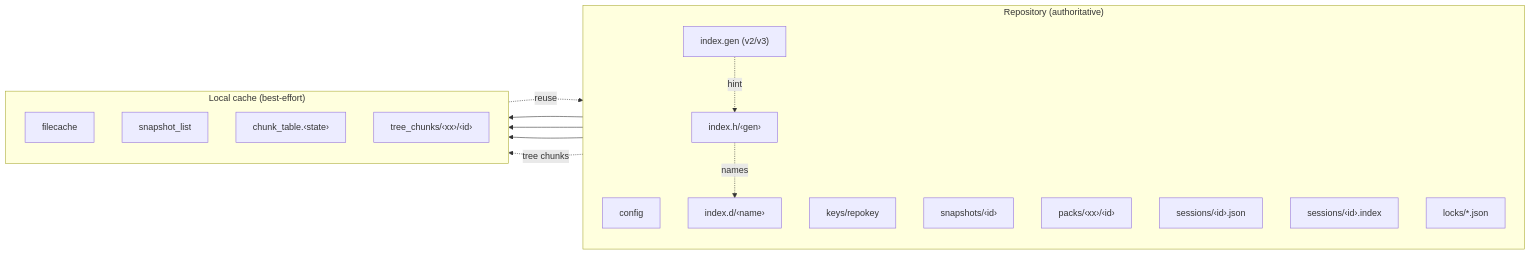
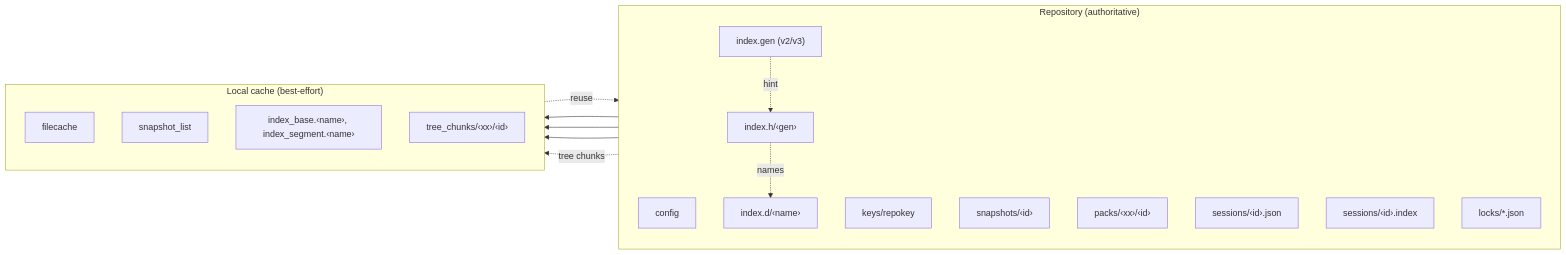
One commit to borgbase/vykar changed the first of 7 diagrams in docs/src/content/docs/architecture.md. Above: the diagram before and after it, drawn with Mermaid. The commit also changed other lines of this file and 89 other files, not shown here.

First line of the commit message:
feat(core,cli)!: v6 final encodings: map config, head layout 3, base and keyed segment v2

````diff
--- a/docs/src/content/docs/architecture.md
+++ b/docs/src/content/docs/architecture.md
@@ -295,32 +295,32 @@
 ```mermaid
 flowchart LR
     subgraph Repo["Repository (authoritative)"]
         direction TB
         config["config"]
         repokey["keys/repokey"]
         index["index.h/‹gen›"]
         indexd["index.d/‹name›"]
         indexgen["index.gen (v2/v3)"]
         snapshots["snapshots/‹id›"]
         packs["packs/‹xx›/‹id›"]
         sessions["sessions/‹id›.json"]
         journal["sessions/‹id›.index"]
         locks["locks/*.json"]
     end
 
     subgraph Cache["Local cache (best-effort)"]
         direction TB
         filecache["filecache"]
         snapshotlist["snapshot_list"]
-        chunktable["chunk_table.‹state›"]
+        chunktable["index_base.‹name›, index_segment.‹name›"]
         treechunks["tree_chunks/‹xx›/‹id›"]
     end
 
     index --> chunktable
     snapshots --> snapshotlist
     filecache -. reuse .-> index
     indexgen -. hint .-> index
     index -. names .-> indexd
     indexd --> chunktable
     packs -. tree chunks .-> treechunks
 ```
````
